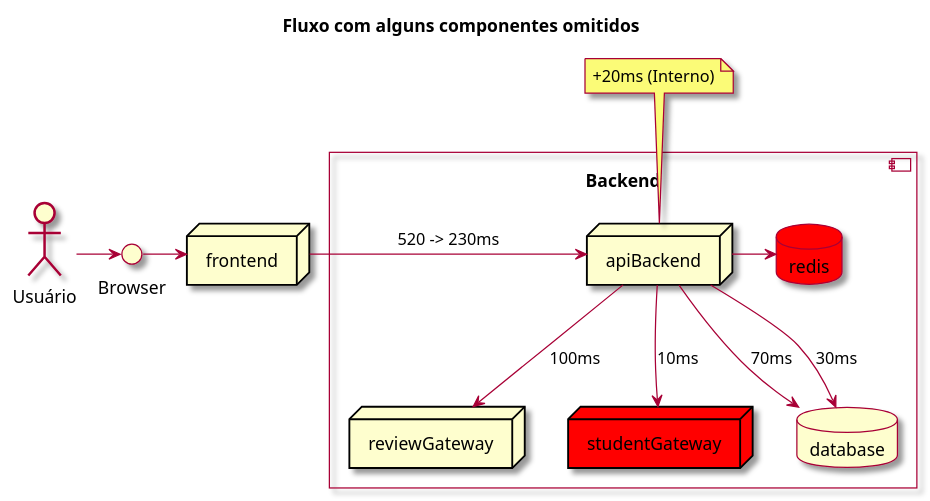
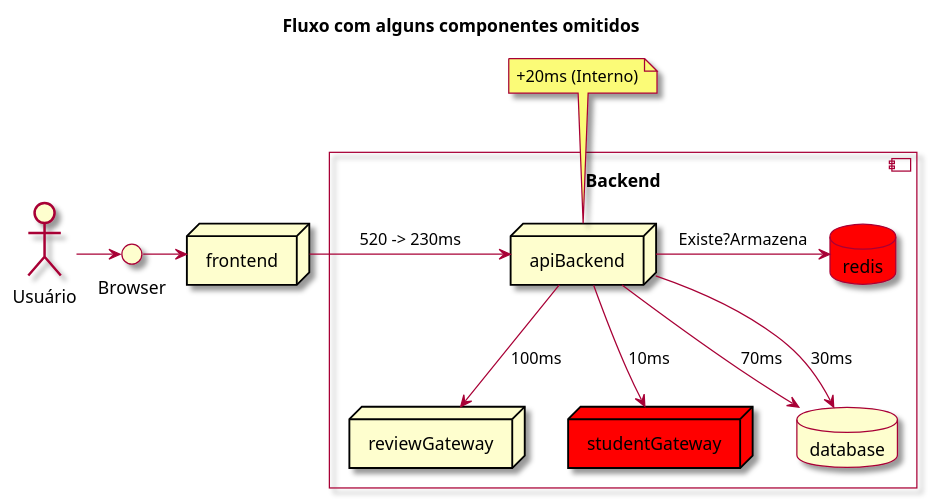
The diagram in docs/diagrams/request-sem-cdn-com-cache-parcial.plantuml (charlesardsilva/lecture-cache-content), drawn with PlantUML before and after one commit. The commit also changed 1 other file, not shown here.

Commit message:
Update diagram

```diff
--- a/docs/diagrams/request-sem-cdn-com-cache-parcial.plantuml
+++ b/docs/diagrams/request-sem-cdn-com-cache-parcial.plantuml
@@ -1,32 +1,34 @@
 @startuml
 
 skin rose
 
 Title: Fluxo com alguns componentes omitidos
+
 
 actor "Usuário" as actor
 interface "Browser" as browser
 node frontend
 
 actor -> browser
 browser -> frontend
 
 component "Backend\n" {
 
   node "apiBackend" as backend
   node reviewGateway as reviewGateway
   node studentGateway as studentGateway #red
   database database
   database redis as redis  #red
 
+  backend -> redis: Existe?Armazena
   backend --> database: 70ms
   backend --> database: 30ms
   backend --> reviewGateway: 100ms
   backend --> studentGateway: 10ms
-  backend -> redis
+
 }
 
 frontend -> backend: 520 -> 230ms
 note top of backend: +20ms (Interno)
 
 @enduml
```
